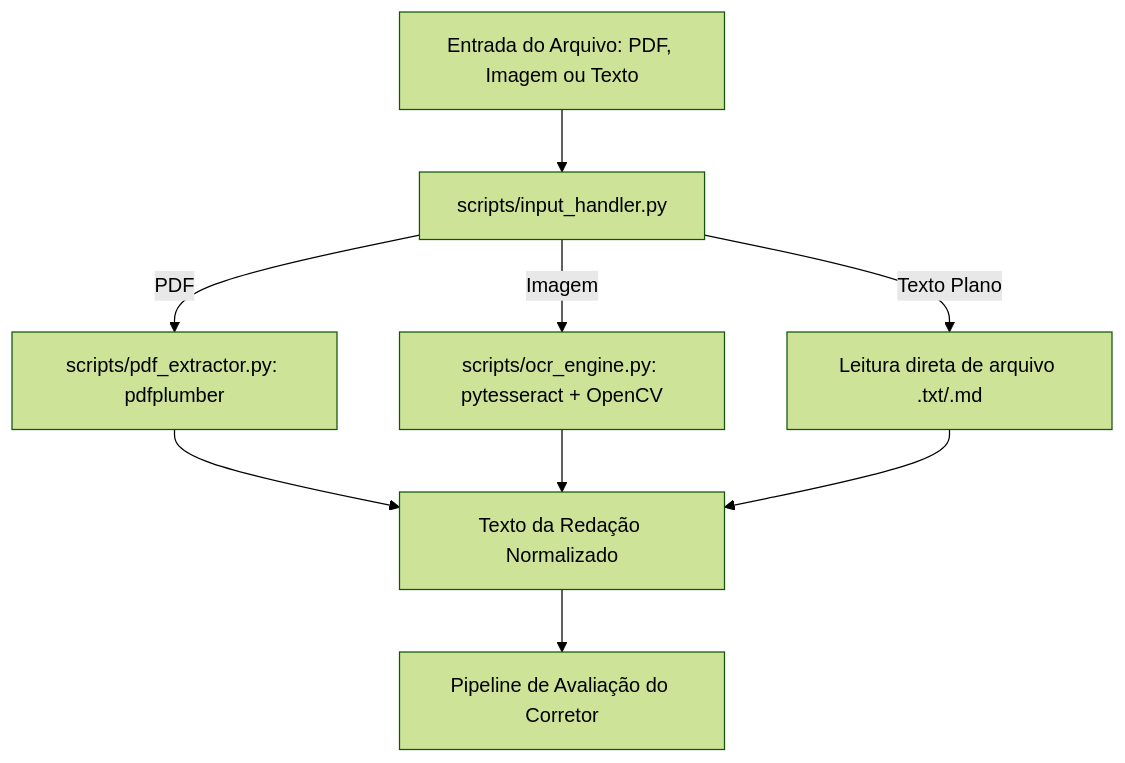
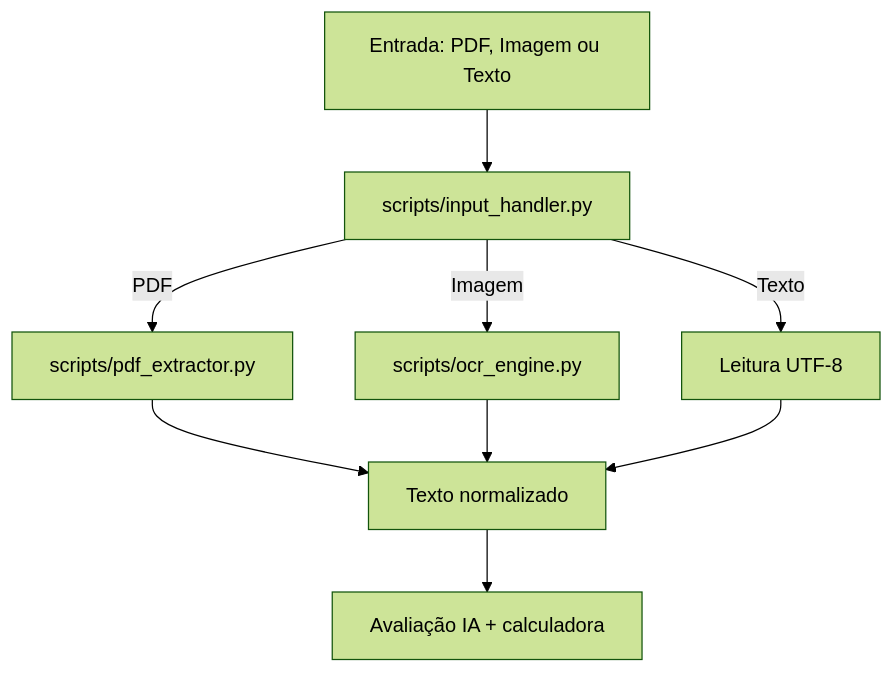
One commit to raquelzis-sv/workflow-corretor-redacao changed the second of 2 diagrams in docs/workflow.md. Above: the diagram before and after it, drawn with Mermaid (forest theme). The commit also changed other lines of this file and 20 other files, not shown here.

Commit message:
feat: implement redação correction workflow with LLM evaluation, schema validation, and reporting capabilities

````diff
--- a/docs/workflow.md
+++ b/docs/workflow.md
@@ -9,11 +128,11 @@
 ```mermaid
 graph TD
-    In[Entrada do Arquivo: PDF, Imagem ou Texto] --> IH[scripts/input_handler.py]
-    IH -->|PDF| PDF[scripts/pdf_extractor.py: pdfplumber]
-    IH -->|Imagem| OCR[scripts/ocr_engine.py: pytesseract + OpenCV]
-    IH -->|Texto Plano| TXT[Leitura direta de arquivo .txt/.md]
-    PDF --> Text[Texto da Redação Normalizado]
+    In[Entrada: PDF, Imagem ou Texto] --> IH[scripts/input_handler.py]
+    IH -->|PDF| PDF[scripts/pdf_extractor.py]
+    IH -->|Imagem| OCR[scripts/ocr_engine.py]
+    IH -->|Texto| TXT[Leitura UTF-8]
+    PDF --> Text[Texto normalizado]
     OCR --> Text
     TXT --> Text
-    Text --> Eval[Pipeline de Avaliação do Corretor]
+    Text --> Eval[Avaliação IA + calculadora]
 ```
````
